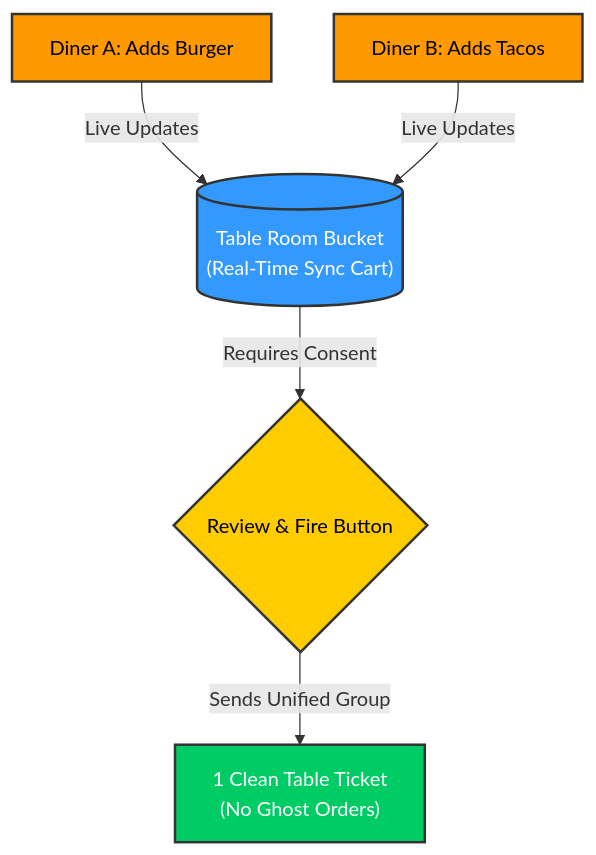
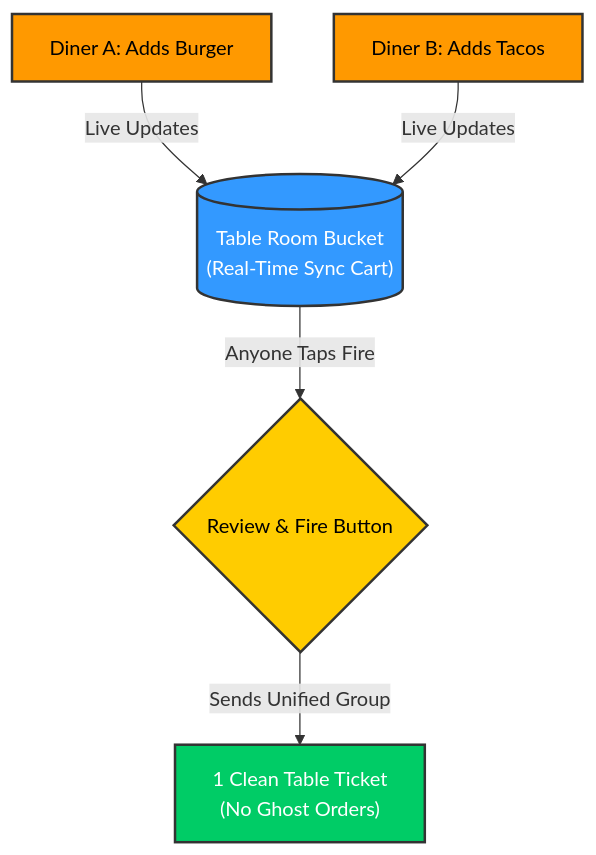
The first of 3 diagrams in docs/2-mvp-ideation.md (Anubhavsaxena2004/AeyChhotu), drawn with Mermaid before and after one commit. The commit also changed other lines of this file, not shown here.

````diff
--- a/docs/2-mvp-ideation.md
+++ b/docs/2-mvp-ideation.md
@@ -40,19 +43,19 @@
 ```mermaid
 graph TD
     classDef diner fill:#FF9900,stroke:#333,stroke-width:2px,color:#000;
     classDef bucket fill:#3399FF,stroke:#333,stroke-width:2px,color:#fff;
     classDef action fill:#FFCC00,stroke:#333,stroke-width:2px,color:#000;
     classDef kitchen fill:#00CC66,stroke:#333,stroke-width:2px,color:#fff;
 
     A1["Diner A: Adds Burger"]:::diner
     A2["Diner B: Adds Tacos"]:::diner
     
     B[("Table Room Bucket<br>(Real-Time Sync Cart)")]:::bucket
     
     C{"Review & Fire Button"}:::action
     D["1 Clean Table Ticket<br>(No Ghost Orders)"]:::kitchen
 
     A1 & A2 -->|Live Updates| B
-    B -->|Requires Consent| C
+    B -->|Anyone Taps Fire| C
     C -->|Sends Unified Group| D
 ```
````
